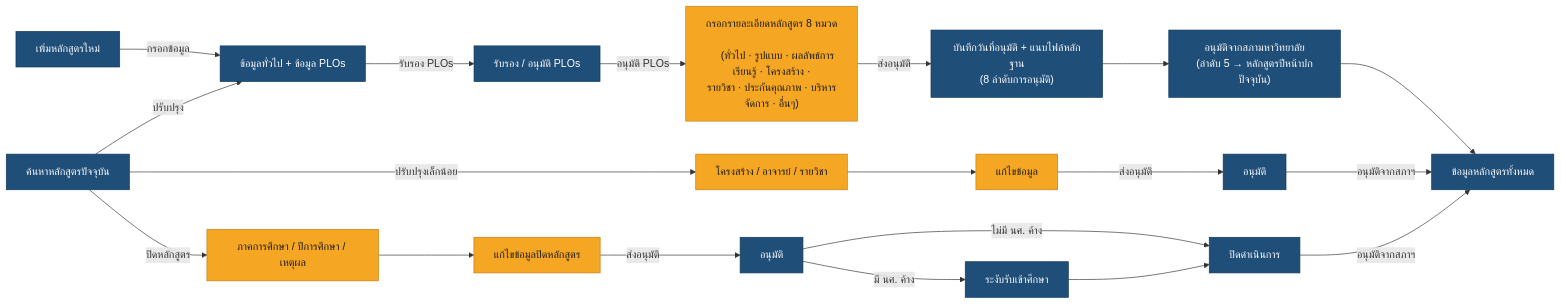
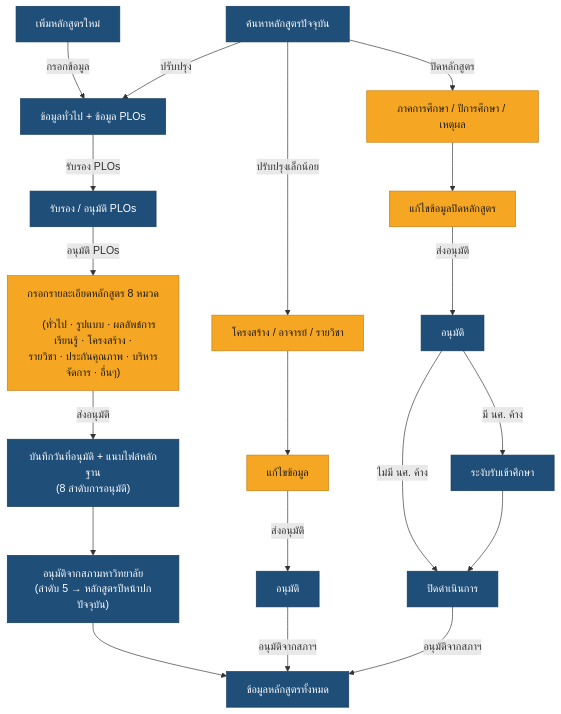
One commit to kamolchanokc/cms-user-manaul changed the diagram in process-overview.md. Above: the diagram before and after it, drawn with Mermaid. The commit also changed 1 other file, not shown here.

Commit message:
Update process-overview and subjects documentation for clarity and detail

````diff
--- a/process-overview.md
+++ b/process-overview.md
@@ -13,52 +13,52 @@
 ```mermaid
-flowchart LR
+flowchart TD
     classDef staff fill:#F5A623,stroke:#C77C11,color:#1A1A1A;
     classDef admin fill:#1F4E79,stroke:#12395C,color:#FFFFFF;
 
     add["เพิ่มหลักสูตรใหม่"]:::admin
     find["ค้นหาหลักสูตรปัจจุบัน"]:::admin
 
     plo["ข้อมูลทั่วไป + ข้อมูล PLOs"]:::admin
     ploOK["รับรอง / อนุมัติ PLOs"]:::admin
 
     detail["กรอกรายละเอียดหลักสูตร 8 หมวด<br/>
     (ทั่วไป · รูปแบบ · ผลลัพธ์การเรียนรู้ · โครงสร้าง ·<br/>รายวิชา · ประกันคุณภาพ · บริหารจัดการ · อื่นๆ)"]:::staff
 
     approve["บันทึกวันที่อนุมัติ + แนบไฟล์หลักฐาน<br/>(8 ลำดับการอนุมัติ)"]:::admin
     council["อนุมัติจากสภามหาวิทยาลัย<br/>(ลำดับ 5 → หลักสูตรปีหน้าปกปัจจุบัน)"]:::admin
     allc["ข้อมูลหลักสูตรทั้งหมด"]:::admin
 
     minorSrc["โครงสร้าง / อาจารย์ / รายวิชา"]:::staff
     minorEdit["แก้ไขข้อมูล"]:::staff
     minorOK["อนุมัติ"]:::admin
 
     closeSrc["ภาคการศึกษา / ปีการศึกษา / เหตุผล"]:::staff
     closeEdit["แก้ไขข้อมูลปิดหลักสูตร"]:::staff
     closeOK["อนุมัติ"]:::admin
     suspend["ระงับรับเข้าศึกษา"]:::admin
     closed["ปิดดำเนินการ"]:::admin
 
     %% เส้นทางหลัก: เพิ่ม / ปรับปรุง
     add -->|กรอกข้อมูล| plo
     find -->|ปรับปรุง| plo
     plo -->|รับรอง PLOs| ploOK
     ploOK -->|อนุมัติ PLOs| detail
     detail -->|ส่งอนุมัติ| approve
     approve --> council
     council --> allc
 
     %% ปรับปรุงเล็กน้อย
     find -->|ปรับปรุงเล็กน้อย| minorSrc
     minorSrc --> minorEdit
     minorEdit -->|ส่งอนุมัติ| minorOK
     minorOK -->|อนุมัติจากสภาฯ| allc
 
     %% ปิดหลักสูตร
     find -->|ปิดหลักสูตร| closeSrc
     closeSrc --> closeEdit
     closeEdit -->|ส่งอนุมัติ| closeOK
     closeOK -->|"ไม่มี นศ. ค้าง"| closed
     closeOK -->|"มี นศ. ค้าง"| suspend
     suspend --> closed
     closed -->|อนุมัติจากสภาฯ| allc
 ```
````
